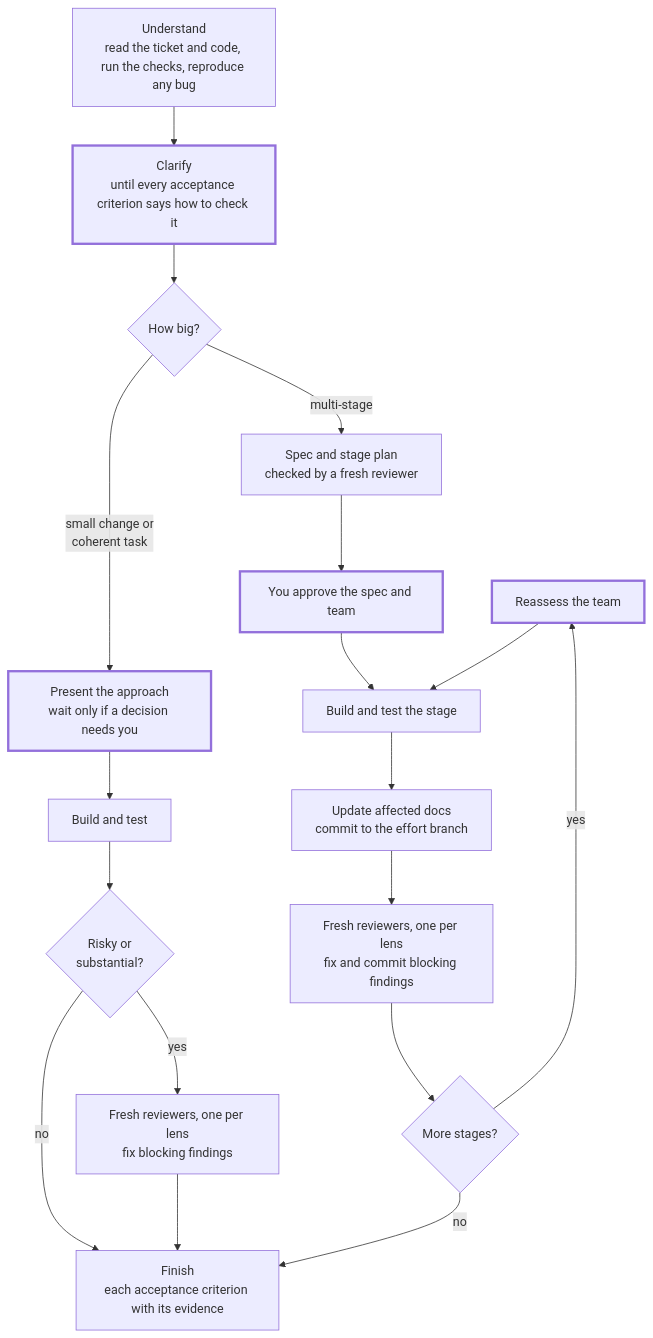
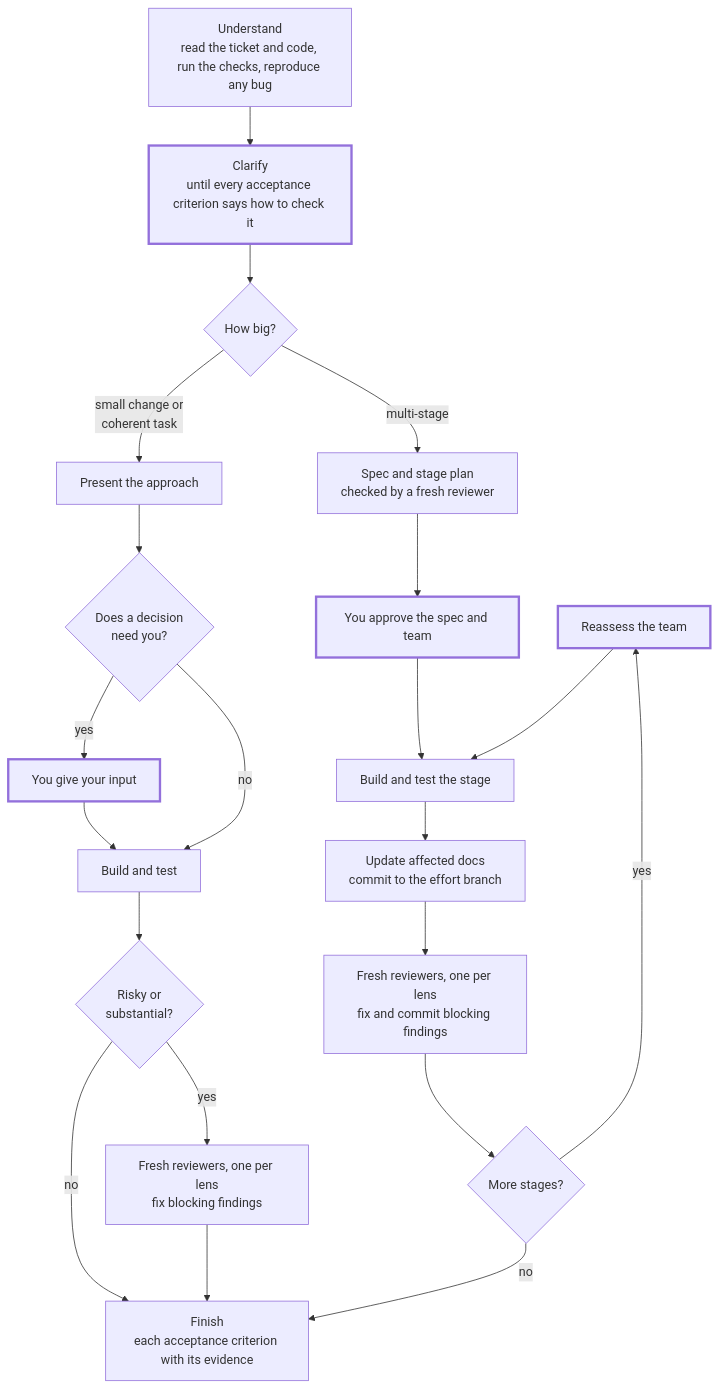
Before and after one commit to dipsylala/skills: the diagram in do-my-work/README.md, drawn with Mermaid.

Commit message:
Split "Present the approach" with a decision diamond in the README diagram
"Does a decision need you?" leads to "You give your input" (thick
border, where an interactive run stops) or straight to "Build and test".

````diff
--- a/do-my-work/README.md
+++ b/do-my-work/README.md
@@ -50,40 +50,45 @@
 ```mermaid
 flowchart TD
     %% Declared first so the layout draws it beside the stage loop.
     Reassess["Reassess the team"]
     U["Understand<br/>read the ticket and code, run the checks, reproduce any bug"]
     C["Clarify<br/>until every acceptance criterion says how to check it"]
     Size{"How big?"}
-    Plan["Present the approach<br/>wait only if a decision needs you"]
+    Plan["Present the approach"]
+    Decide{"Does a decision<br/>need you?"}
+    Ask["You give your input"]
     Build["Build and test"]
     Risky{"Risky or<br/>substantial?"}
     Review["Fresh reviewers, one per lens<br/>fix blocking findings"]
     Spec["Spec and stage plan<br/>checked by a fresh reviewer"]
     Approve["You approve the spec and team"]
     Stage["Build and test the stage"]
     Commit["Update affected docs<br/>commit to the effort branch"]
     StageReview["Fresh reviewers, one per lens<br/>fix and commit blocking findings"]
     More{"More stages?"}
     Finish["Finish<br/>each acceptance criterion with its evidence"]
 
     U --> C
     C --> Size
     Size -- "small change or<br/>coherent task" --> Plan
-    Plan --> Build
+    Plan --> Decide
+    Decide -- yes --> Ask
+    Ask --> Build
+    Decide -- no --> Build
     Build --> Risky
     Risky -- yes --> Review
     Risky -- no --> Finish
     Review --> Finish
     Size -- multi-stage --> Spec
     Spec --> Approve
     Approve --> Stage
     Stage --> Commit
     Commit --> StageReview
     StageReview --> More
     More -- yes --> Reassess
     Reassess --> Stage
     More -- no --> Finish
 
     classDef you stroke-width:3px
-    class C,Plan,Approve,Reassess you
+    class C,Ask,Approve,Reassess you
 ```
````
